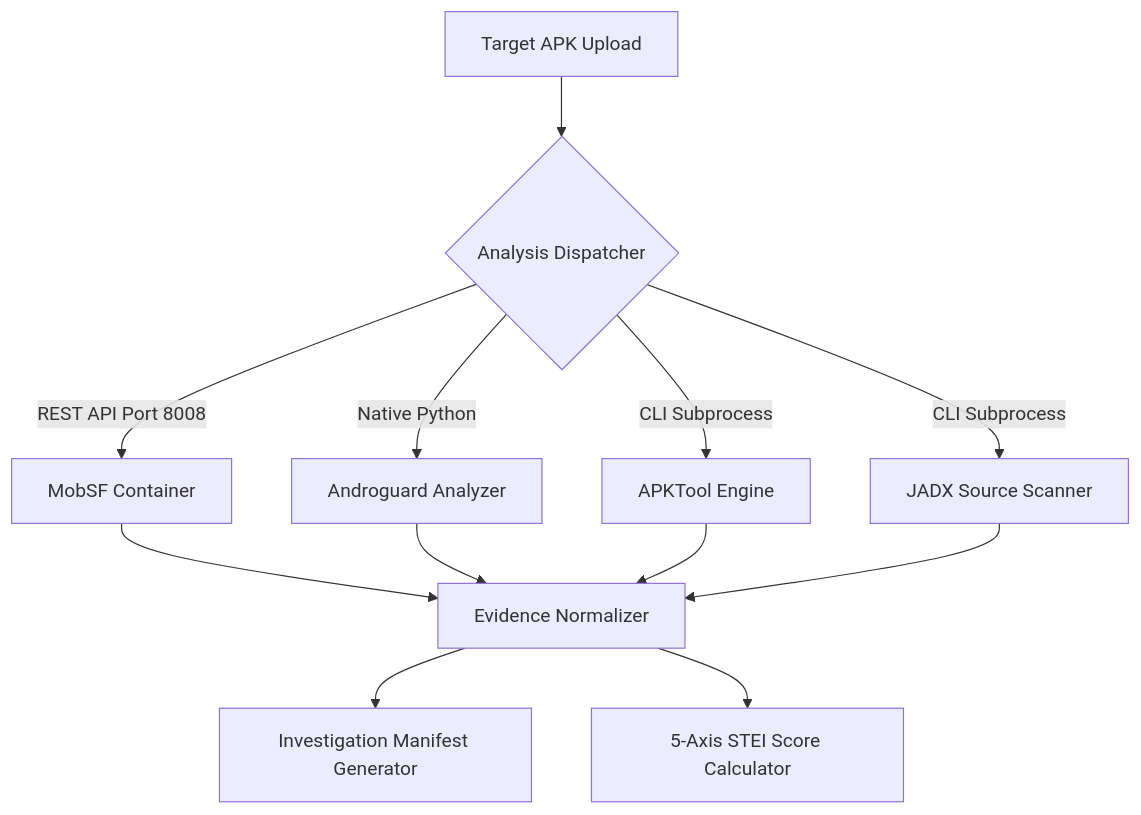
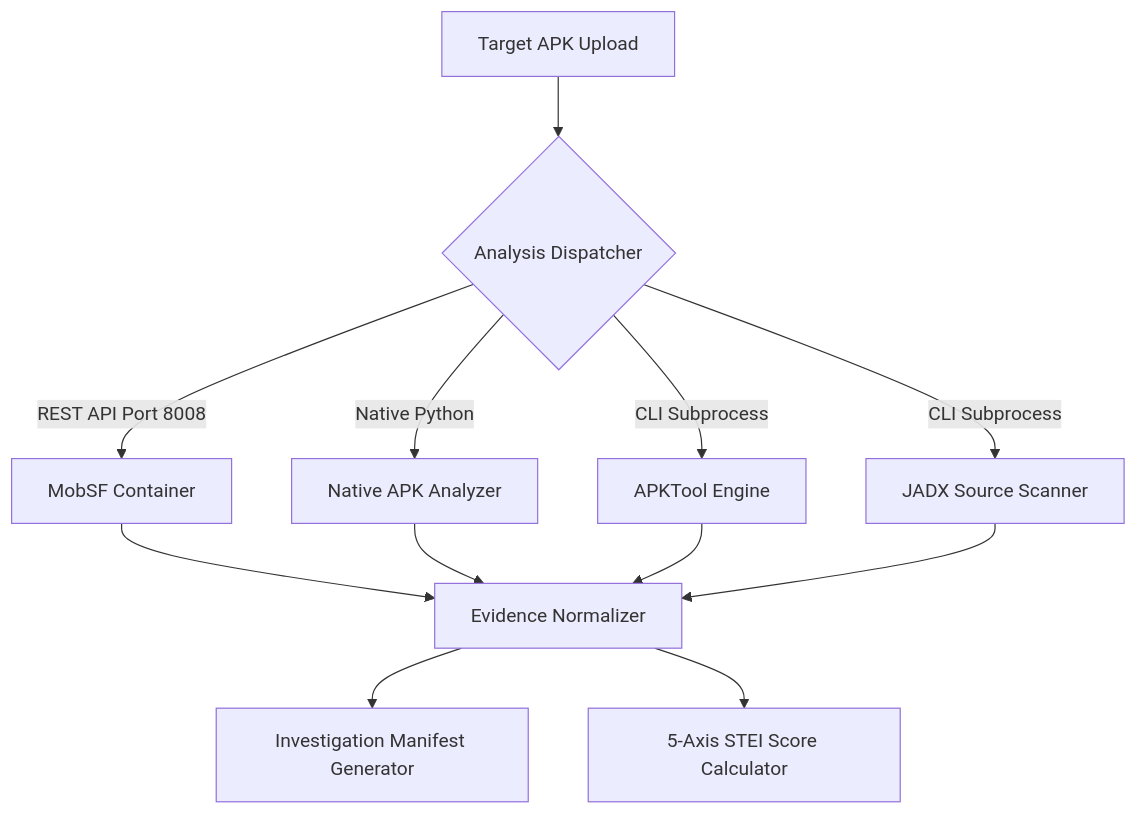
Before and after one commit to SanTiwari07/Sudarshan: the diagram in docs/architecture/03_STATIC_THREAT_INTELLIGENCE.md, drawn with Mermaid. The commit also changed other lines of this file and 39 other files, not shown here.

````diff
--- a/docs/architecture/03_STATIC_THREAT_INTELLIGENCE.md
+++ b/docs/architecture/03_STATIC_THREAT_INTELLIGENCE.md
@@ -39,17 +39,17 @@
 ```mermaid
 graph TD
     APK[Target APK Upload] --> SPLIT{Analysis Dispatcher}
 
     SPLIT -->|REST API Port 8008| MobSF[MobSF Container]
-    SPLIT -->|Native Python| Andro[Androguard Analyzer]
+    SPLIT -->|Native Python| Andro[Native APK Analyzer]
     SPLIT -->|CLI Subprocess| APKT[APKTool Engine]
     SPLIT -->|CLI Subprocess| JADX[JADX Source Scanner]
 
     MobSF --> NORM[Evidence Normalizer]
     Andro --> NORM
     APKT --> NORM
     JADX --> NORM
 
     NORM --> MANIFEST[Investigation Manifest Generator]
     NORM --> STEI[5-Axis STEI Score Calculator]
 ```
````
